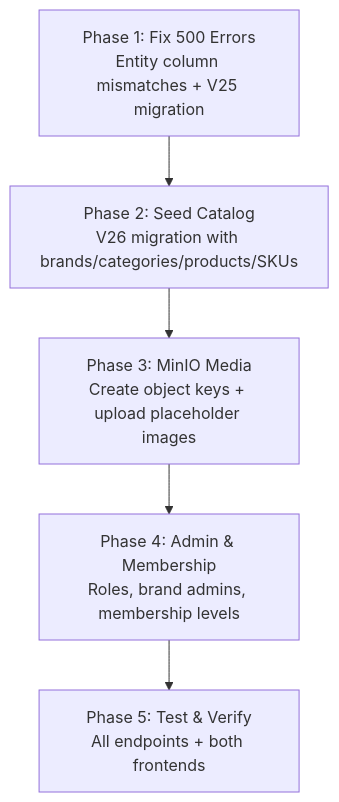
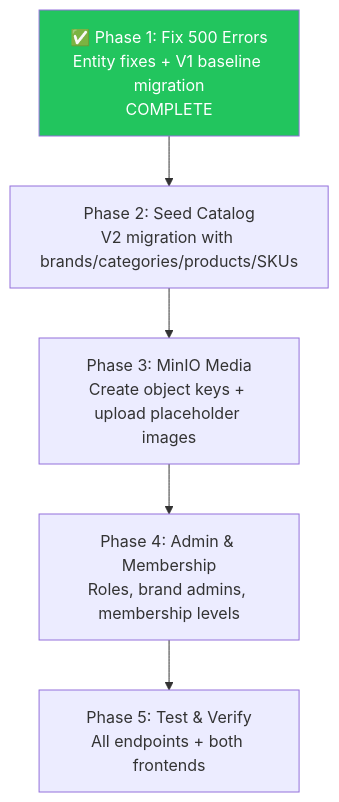
One commit to AadarshPandey/NexusEngine changed the diagram in document/plans/nexus-engine-master-plan.md. Above: the diagram before and after it, drawn with Mermaid. The commit also changed other lines of this file and 32 other files, not shown here.

Commit message:
fix(db): Complete Phase 1 - Fix entity column mismatches and reset Flyway migrations to V1 baseline

````diff
--- a/document/plans/nexus-engine-master-plan.md
+++ b/document/plans/nexus-engine-master-plan.md
@@ -302,7 +316,9 @@
 ```mermaid
 flowchart TD
-    A["Phase 1: Fix 500 Errors<br/>Entity column mismatches + V25 migration"] --> B["Phase 2: Seed Catalog<br/>V26 migration with brands/categories/products/SKUs"]
+    A["✅ Phase 1: Fix 500 Errors<br/>Entity fixes + V1 baseline migration<br/>COMPLETE"] --> B["Phase 2: Seed Catalog<br/>V2 migration with brands/categories/products/SKUs"]
     B --> C["Phase 3: MinIO Media<br/>Create object keys + upload placeholder images"]
     C --> D["Phase 4: Admin & Membership<br/>Roles, brand admins, membership levels"]
     D --> E["Phase 5: Test & Verify<br/>All endpoints + both frontends"]
+
+    style A fill:#22c55e,color:#fff
 ```
````
